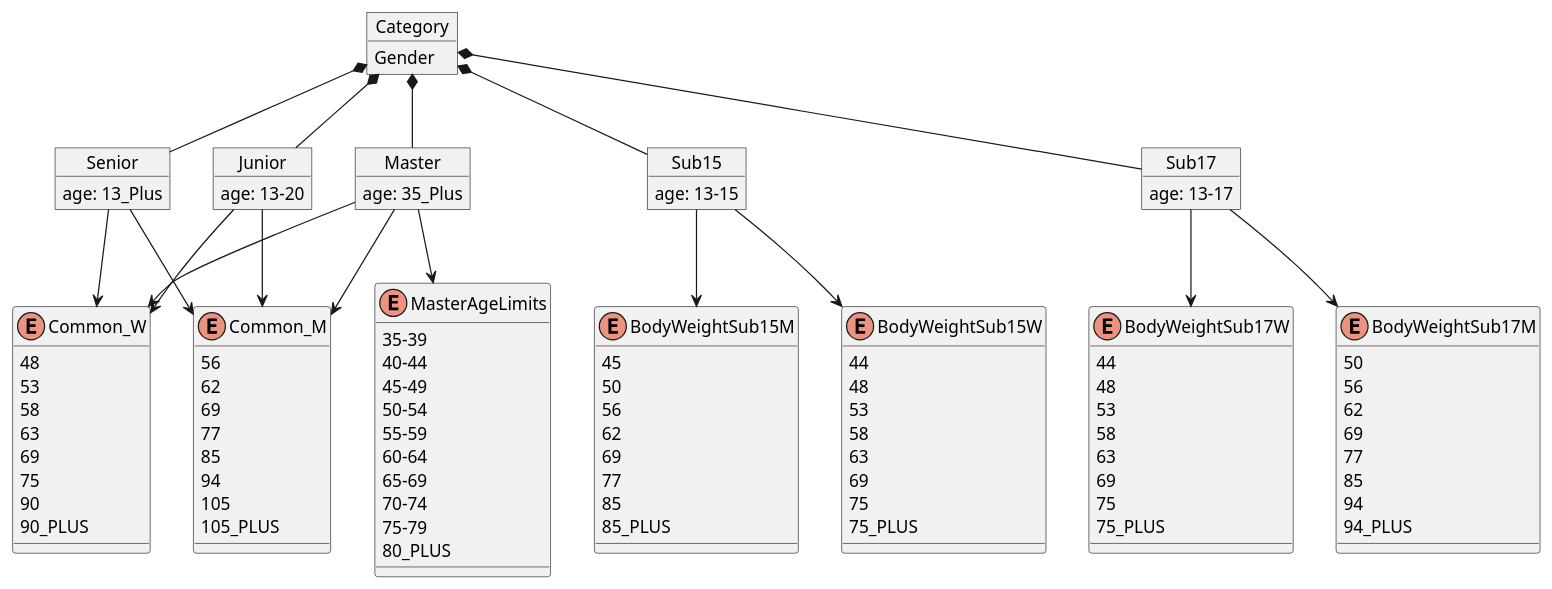
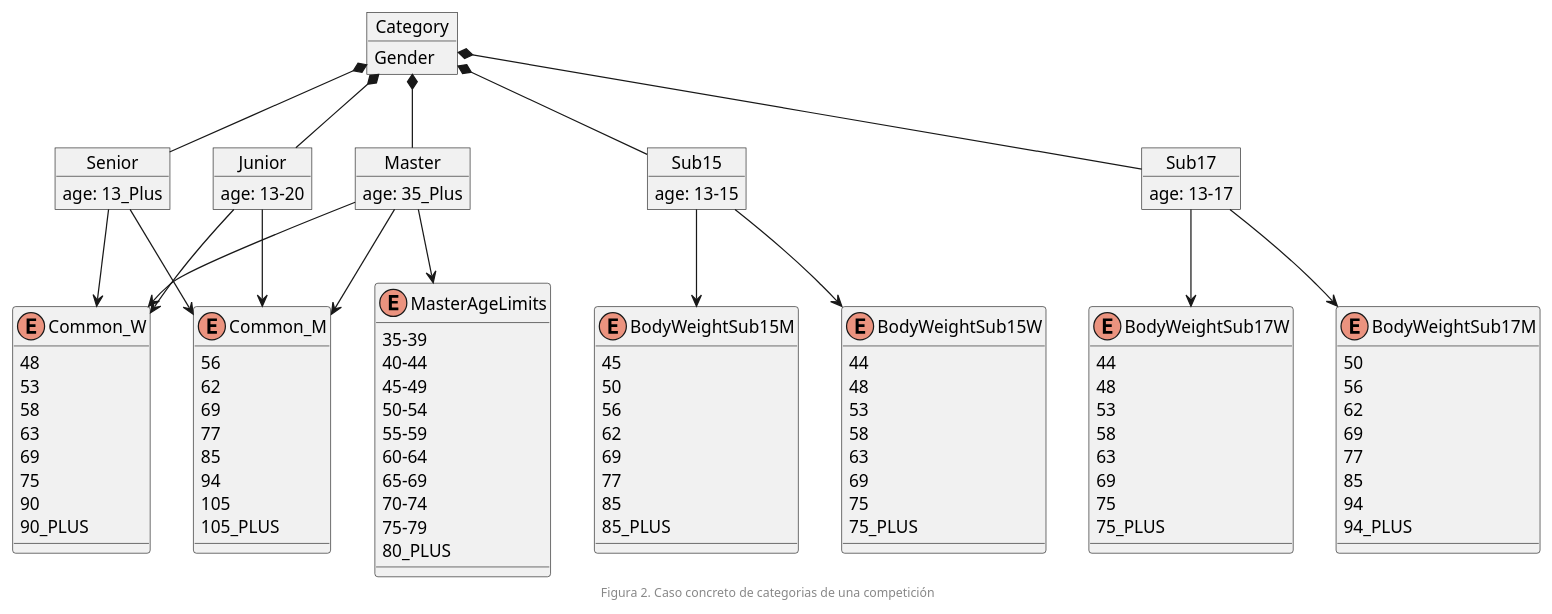
Before and after one commit to zuldare/mastercloud_pfm_halterocms: the diagram in diagrams/modelDomain/concreteCaseOfCategories.puml, drawn with PlantUML. The commit also changed 9 other files, not shown here.

```diff
--- a/diagrams/modelDomain/concreteCaseOfCategories.puml
+++ b/diagrams/modelDomain/concreteCaseOfCategories.puml
@@ -1,135 +1,136 @@
 @startuml
 object Category {
   Gender
 }
 
 
 object Junior {
   age: 13-20
 }
 
 object Senior {
   age: 13_Plus
 }
 
 object Master {
   age: 35_Plus
 }
 
 
 object Sub15 {
    age: 13-15
 }
 
 
 object Sub17 {
    age: 13-17
 }
 
 
 
 
 enum BodyWeightSub15W {
  44
  48
  53
  58
  63
  69
  75
  75_PLUS
 }
 
 enum BodyWeightSub15M {
   45
   50
   56
   62
   69
   77
   85
   85_PLUS
  }
 
 
 
 enum BodyWeightSub17M {
   50
   56
   62
   69
   77
   85
   94
   94_PLUS
 }
 
 enum BodyWeightSub17W {
  44
  48
  53
  58
  63
  69
  75
  75_PLUS
 }
 
 enum Common_M {
 56
 62
 69
 77
 85
 94
 105
 105_PLUS
 }
 
 enum Common_W {
 48
 53
 58
 63
 69
 75
 90
 90_PLUS
 }
 
 enum MasterAgeLimits {
   35-39
   40-44
   45-49
   50-54
   55-59
   60-64
   65-69
   70-74
   75-79
   80_PLUS
 }
 
 Category *-- Sub15
 Category *-- Sub17
 Category *-- Junior
 Category *-- Senior
 Category *-- Master
 
 Sub15 --> BodyWeightSub15W
 Sub15 --> BodyWeightSub15M
 
 Sub17 --> BodyWeightSub17W
 Sub17 --> BodyWeightSub17M
 
 Junior --> Common_M
 Junior --> Common_W
 
 Senior --> Common_M
 Senior --> Common_W
 
 Master --> MasterAgeLimits
 Master --> Common_M
 Master --> Common_W
 
+footer Figura 2. Caso concreto de categorias de una competición
 @enduml
```
